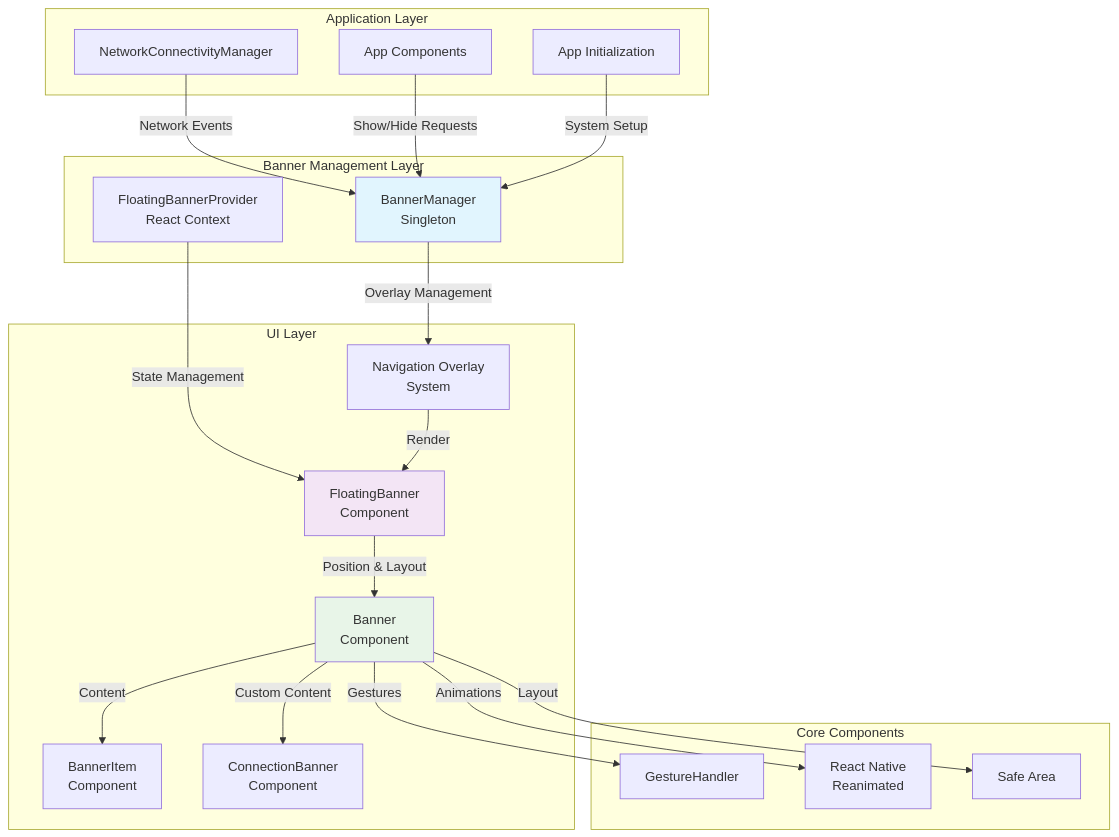
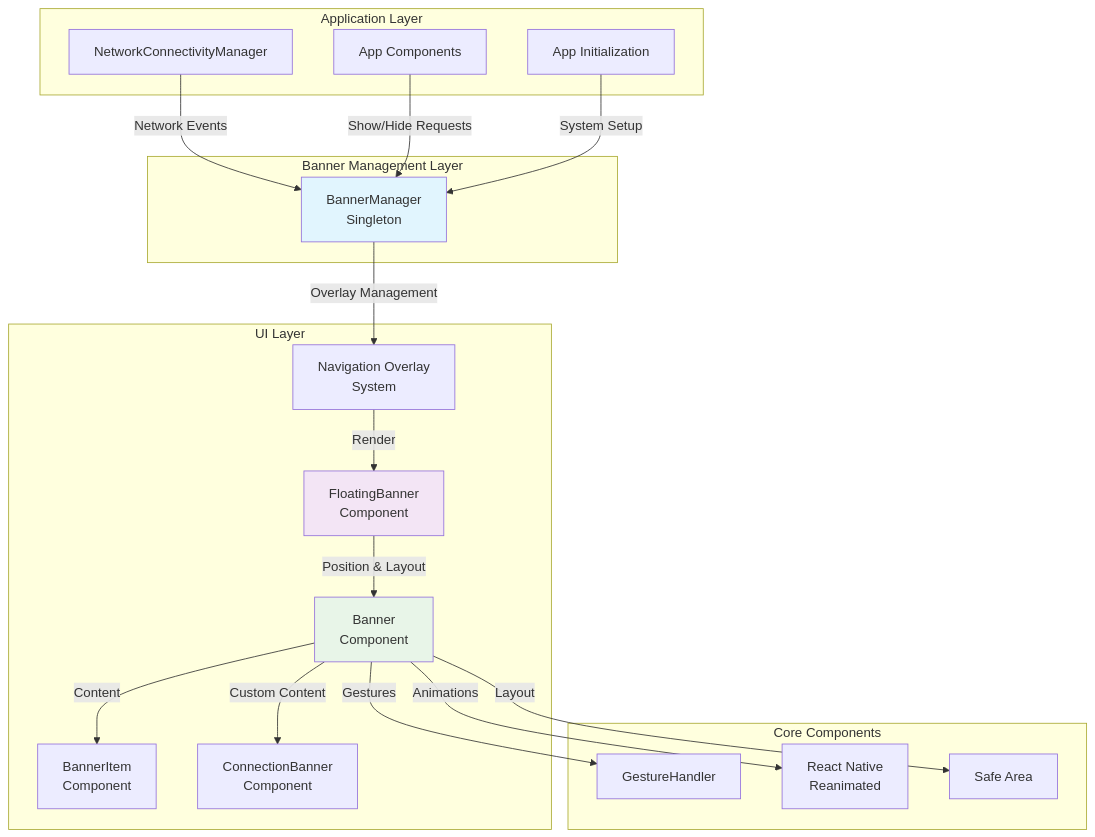
One commit to mattermost/mattermost-mobile changed the first of 7 diagrams in floating-banner.md. Above: the diagram before and after it, drawn with Mermaid. The commit also changed other lines of this file and 4 other files, not shown here.

````diff
--- a/floating-banner.md
+++ b/floating-banner.md
@@ -9,47 +9,45 @@
 ```mermaid
 graph TB
     subgraph "Application Layer"
         NC[NetworkConnectivityManager]
         APP[App Components]
         INIT[App Initialization]
     end
     
     subgraph "Banner Management Layer"
         BM[BannerManager<br/>Singleton]
-        CTX[FloatingBannerProvider<br/>React Context]
     end
     
     subgraph "UI Layer"
         OVL[Navigation Overlay<br/>System]
         FB[FloatingBanner<br/>Component]
         B[Banner<br/>Component]
         BI[BannerItem<br/>Component]
         CB[ConnectionBanner<br/>Component]
     end
     
     subgraph "Core Components"
         GH[GestureHandler]
         RA[React Native<br/>Reanimated]
         SA[Safe Area]
     end
     
     NC -->|Network Events| BM
     APP -->|Show/Hide Requests| BM
     INIT -->|System Setup| BM
     
     BM -->|Overlay Management| OVL
-    CTX -->|State Management| FB
     
     OVL -->|Render| FB
     FB -->|Position & Layout| B
     B -->|Content| BI
     B -->|Custom Content| CB
     
     B -->|Animations| RA
     B -->|Gestures| GH
     B -->|Layout| SA
     
     style BM fill:#e1f5fe
     style FB fill:#f3e5f5
     style B fill:#e8f5e8
 ```
````
